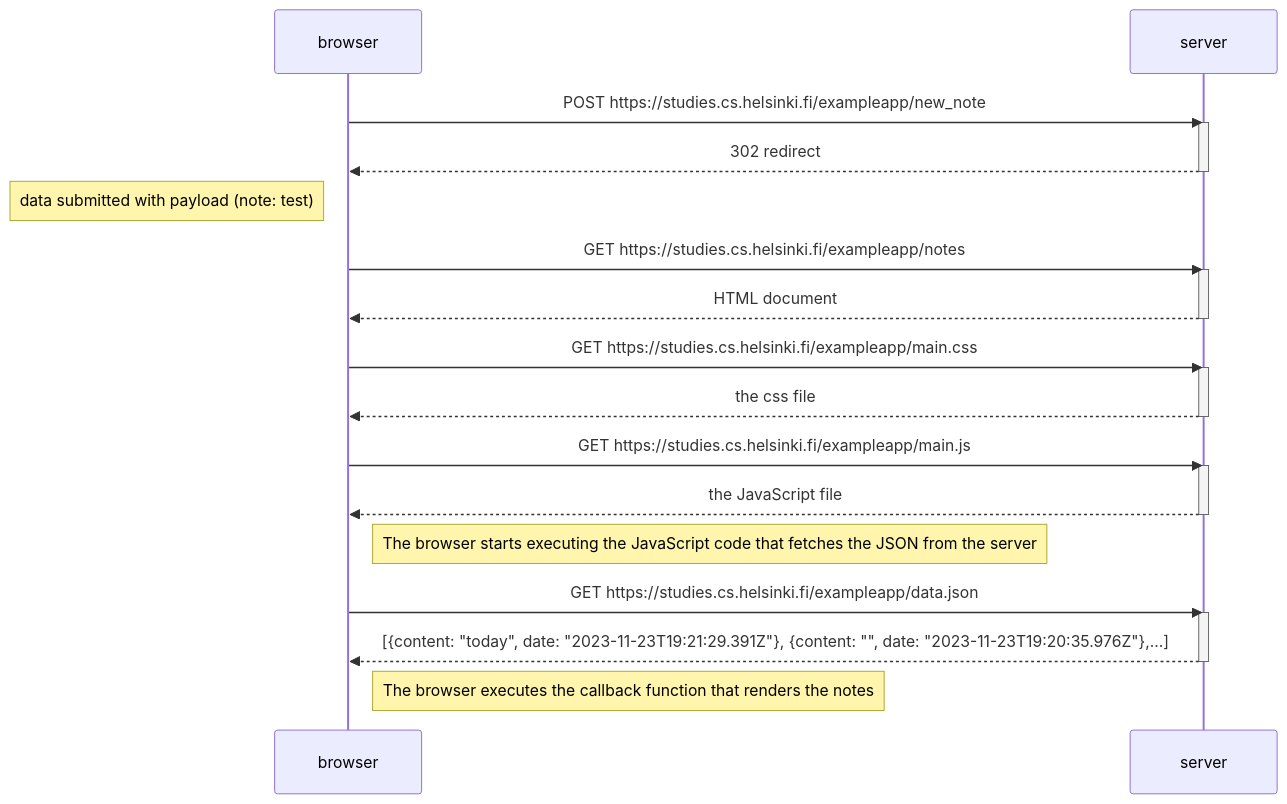
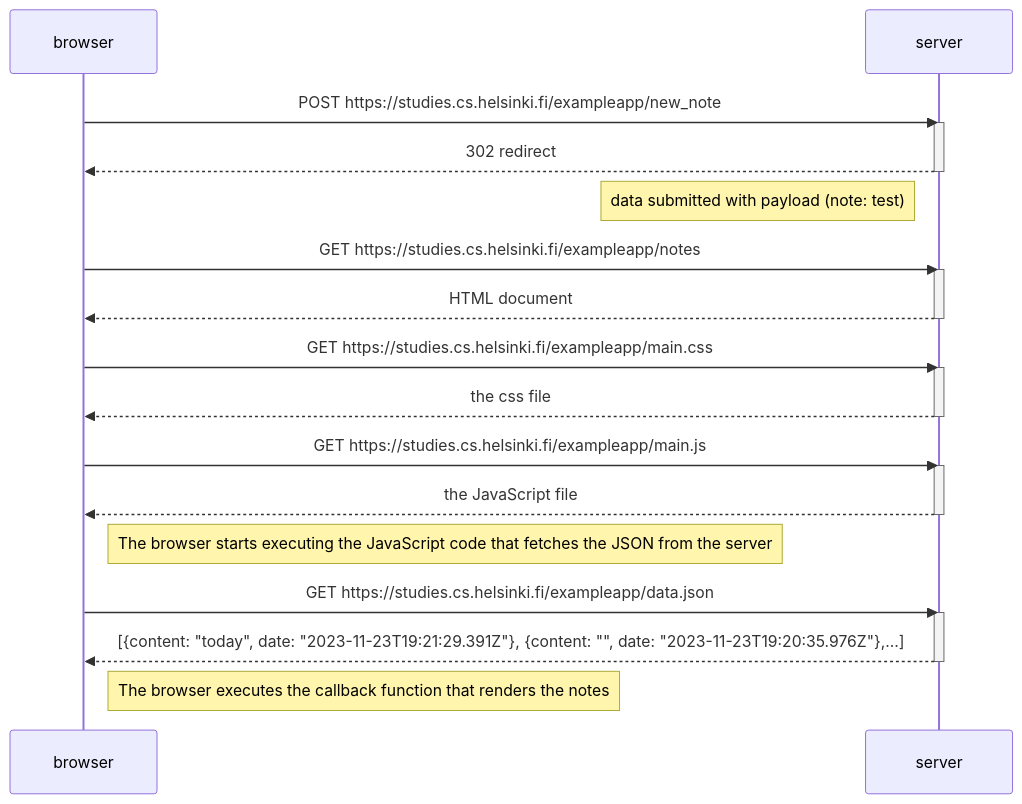
One commit to ismailvohra/fullstackopen changed the diagram in part0/0.4_new_note_diagram.md. Above: the diagram before and after it, drawn with Mermaid.

````diff
--- a/part0/0.4_new_note_diagram.md
+++ b/part0/0.4_new_note_diagram.md
@@ -1,37 +1,37 @@
 ```mermaid
 sequenceDiagram
     participant browser
     participant server
 
     browser->>server: POST https://studies.cs.helsinki.fi/exampleapp/new_note
     activate server
     server-->>browser: 302 redirect
     deactivate server
 
-    Note left of browser: data submitted with payload (note: test)
+    Note left of server: data submitted with payload (note: test)
 
     browser->>server: GET https://studies.cs.helsinki.fi/exampleapp/notes
     activate server
     server-->>browser: HTML document
     deactivate server
 
     browser->>server: GET https://studies.cs.helsinki.fi/exampleapp/main.css
     activate server
     server-->>browser: the css file
     deactivate server
 
     browser->>server: GET https://studies.cs.helsinki.fi/exampleapp/main.js
     activate server
     server-->>browser: the JavaScript file
     deactivate server
 
     Note right of browser: The browser starts executing the JavaScript code that fetches the JSON from the server
 
     browser->>server: GET https://studies.cs.helsinki.fi/exampleapp/data.json
     activate server
     server-->>browser: [{content: "today", date: "2023-11-23T19:21:29.391Z"}, {content: "", date: "2023-11-23T19:20:35.976Z"},…]
     deactivate server
 
     Note right of browser: The browser executes the callback function that renders the notes
 
 ```
````
